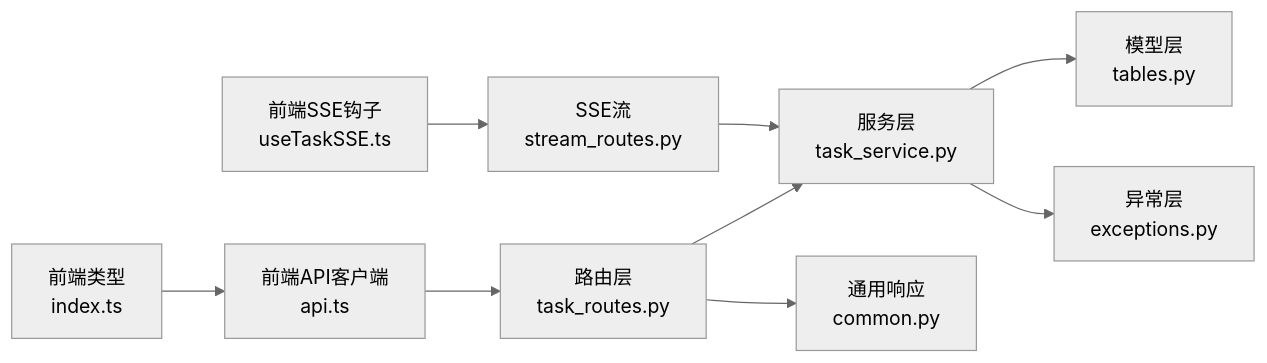
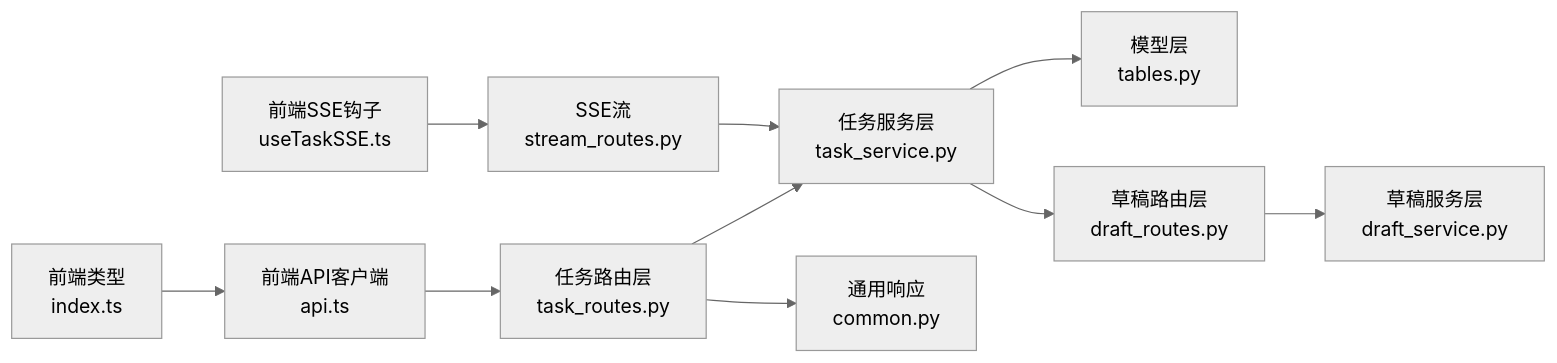
The sixth of 7 diagrams in .qoder/repowiki/zh/content/API接口文档/任务管理API.md (sansansansansan2022-web/hotclaw), drawn with Mermaid (neutral theme) before and after one commit. The commit also changed other lines of this file and 44 other files, not shown here.

````diff
--- a/.qoder/repowiki/zh/content/API接口文档/任务管理API.md
+++ b/.qoder/repowiki/zh/content/API接口文档/任务管理API.md
@@ -379,11 +497,12 @@
 ```mermaid
 graph LR
-FR["前端API客户端<br/>api.ts"] --> RR["路由层<br/>task_routes.py"]
-RR --> SRV["服务层<br/>task_service.py"]
-SRV --> MOD["模型层<br/>tables.py"]
-SRV --> EXC["异常层<br/>exceptions.py"]
-RR --> COM["通用响应<br/>common.py"]
-SSE["SSE流<br/>stream_routes.py"] --> SRV
+FR["前端API客户端<br/>api.ts"] --> TR["任务路由层<br/>task_routes.py"]
+TR --> TS["任务服务层<br/>task_service.py"]
+TS --> MOD["模型层<br/>tables.py"]
+TS --> DS["草稿路由层<br/>draft_routes.py"]
+DS --> DSS["草稿服务层<br/>draft_service.py"]
+TR --> COM["通用响应<br/>common.py"]
+SSE["SSE流<br/>stream_routes.py"] --> TS
 FSSE["前端SSE钩子<br/>useTaskSSE.ts"] --> SSE
 FT["前端类型<br/>index.ts"] --> FR
 ```
````
